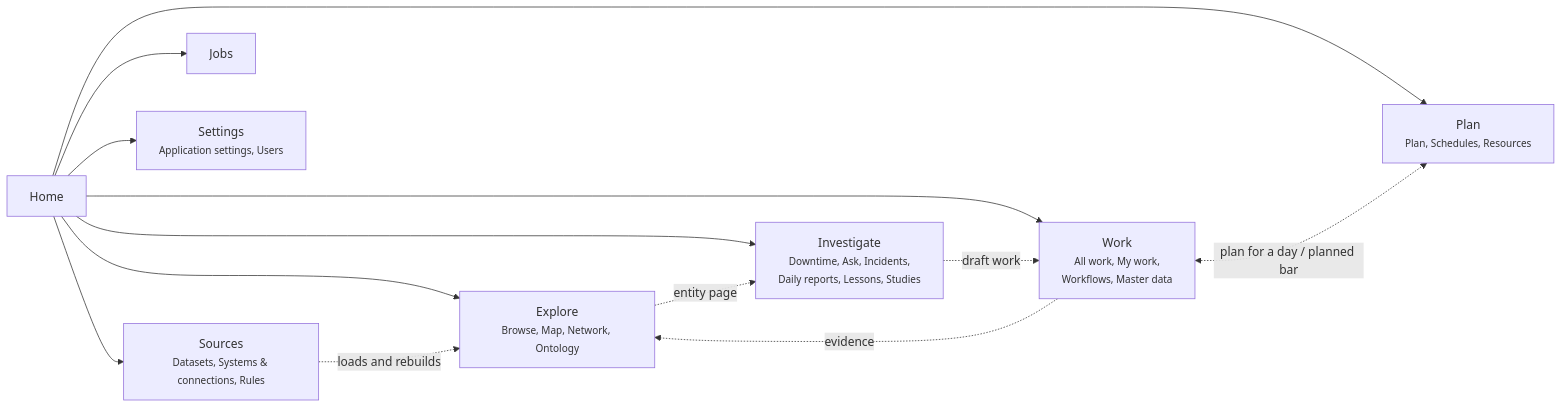
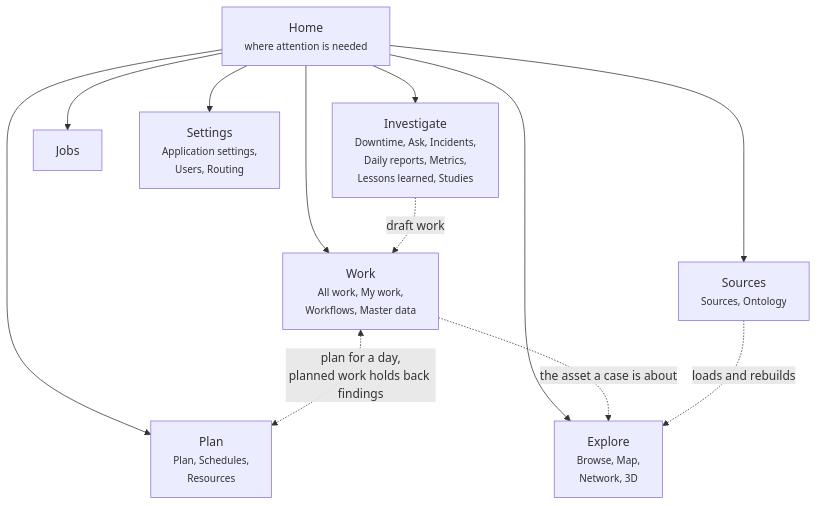
Before and after one commit to areed145/fuzer: the diagram in docs/tour.md, drawn with Mermaid. The commit also changed other lines of this file and 60 other files, not shown here.

First line of the commit message:
Docs: where work goes, an engineer guide, and a refresh for the current menu

````diff
--- a/docs/tour.md
+++ b/docs/tour.md
@@ -13,15 +13,15 @@
 ```mermaid
-flowchart LR
-  home["Home"] --> explore["Explore<br><small>Browse, Map, Network, Ontology</small>"]
-  home --> investigate["Investigate<br><small>Downtime, Ask, Incidents,<br>Daily reports, Lessons, Studies</small>"]
+flowchart TB
+  home["Home<br><small>where attention is needed</small>"]
   home --> work["Work<br><small>All work, My work,<br>Workflows, Master data</small>"]
-  home --> plan["Plan<br><small>Plan, Schedules, Resources</small>"]
-  work <-.->|plan for a day / planned bar| plan
-  home --> sources["Sources<br><small>Datasets, Systems & connections, Rules</small>"]
+  home --> plan["Plan<br><small>Plan, Schedules,<br>Resources</small>"]
+  home --> explore["Explore<br><small>Browse, Map,<br>Network, 3D</small>"]
+  home --> investigate["Investigate<br><small>Downtime, Ask, Incidents,<br>Daily reports, Metrics,<br>Lessons learned, Studies</small>"]
+  home --> sources["Sources<br><small>Sources, Ontology</small>"]
   home --> jobs["Jobs"]
-  home --> settings["Settings<br><small>Application settings, Users</small>"]
-  explore -.->|entity page| investigate
-  investigate -.->|draft work| work
-  work -.->|evidence| explore
-  sources -.->|loads and rebuilds| explore
+  home --> settings["Settings<br><small>Application settings,<br>Users, Routing</small>"]
+  work <-.->|"plan for a day,<br>planned work holds back findings"| plan
+  work -.->|"the asset a case is about"| explore
+  investigate -.->|"draft work"| work
+  sources -.->|"loads and rebuilds"| explore
 ```
````
